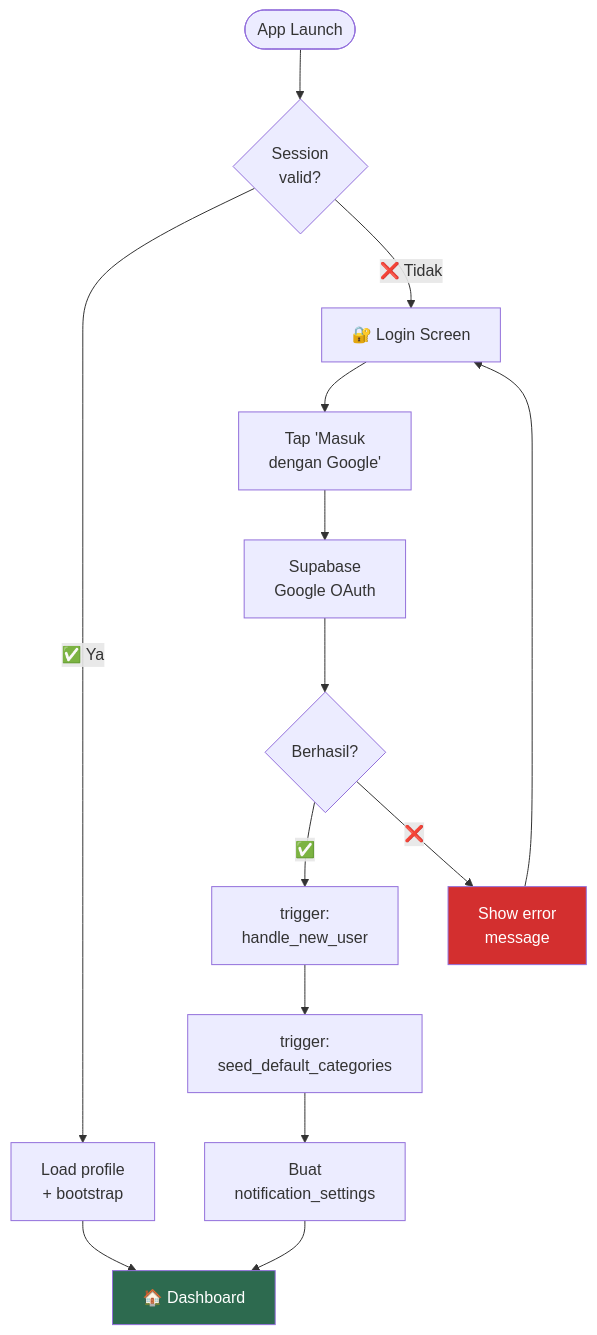
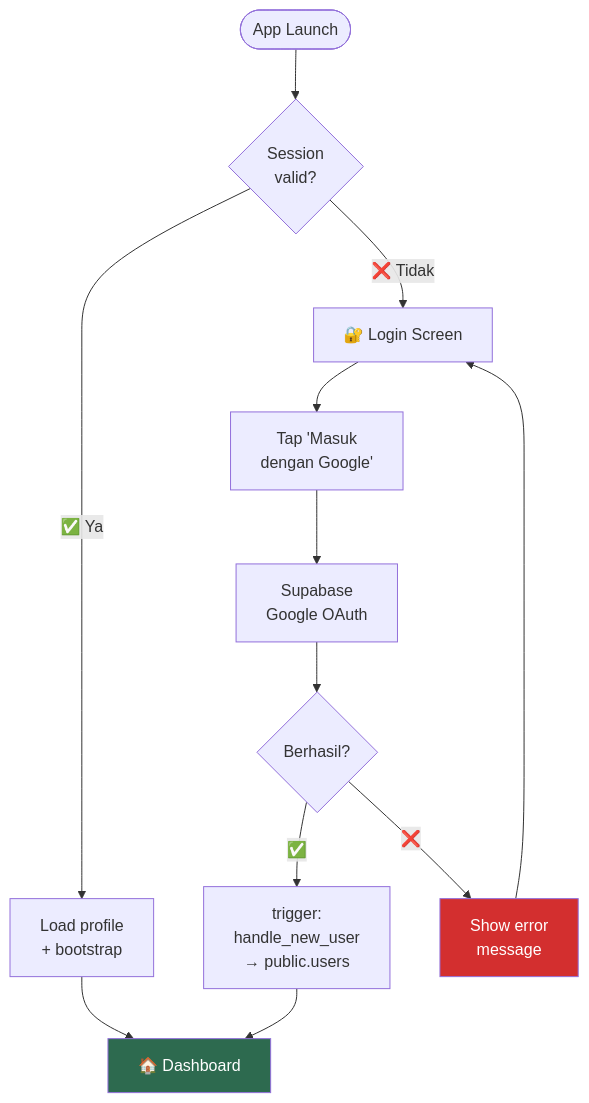
One commit to achyusuf10/Saku-Rapi-Mobile changed the first of 2 diagrams in My-Wiki/raw/docs/prd/06_AUTH_PROFIL.md. Above: the diagram before and after it, drawn with Mermaid. The commit also changed other lines of this file and 37 other files, not shown here.

````diff
--- a/My-Wiki/raw/docs/prd/06_AUTH_PROFIL.md
+++ b/My-Wiki/raw/docs/prd/06_AUTH_PROFIL.md
@@ -20,22 +22,20 @@
 ```mermaid
 flowchart TD
     A([App Launch]) --> B{Session\nvalid?}
     B -->|✅ Ya| C["Load profile\n+ bootstrap"]
     C --> D[🏠 Dashboard]
 
     B -->|❌ Tidak| E[🔐 Login Screen]
     E --> F["Tap 'Masuk\ndengan Google'"]
     F --> G["Supabase\nGoogle OAuth"]
     G --> H{Berhasil?}
 
-    H -->|✅| I["trigger:\nhandle_new_user"]
-    I --> J["trigger:\nseed_default_categories"]
-    J --> K["Buat\nnotification_settings"]
-    K --> D
+    H -->|✅| I["trigger:\nhandle_new_user\n→ public.users"]
+    I --> D
 
     H -->|❌| L["Show error\nmessage"]
     L --> E
 
     style D fill:#2d6a4f,color:#fff
     style L fill:#d32f2f,color:#fff
 ```
````
